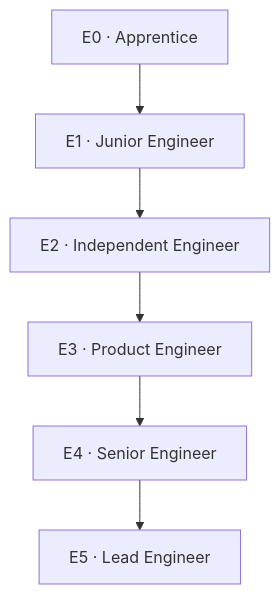
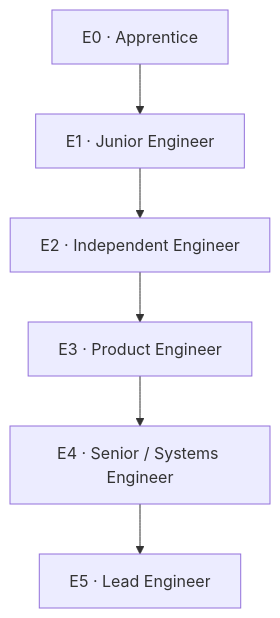
The fifth of 5 diagrams in content/writing/noetherkin-architecture-notes.mdx (nanaagyei/nana-site), drawn with Mermaid before and after one commit. The commit also changed other lines of this file and 9 other files, not shown here.

First line of the commit message:
Update noetherkin writing for its current CLI architecture, add it as a project, and expand the bookshelf

````diff
--- a/content/writing/noetherkin-architecture-notes.mdx
+++ b/content/writing/noetherkin-architecture-notes.mdx
@@ -156,9 +182,9 @@
 ```mermaid
 %% Competency ladder
 flowchart TB
   e0["E0 · Apprentice"] --> e1["E1 · Junior Engineer"]
   e1 --> e2["E2 · Independent Engineer"]
   e2 --> e3["E3 · Product Engineer"]
-  e3 --> e4["E4 · Senior Engineer"]
+  e3 --> e4["E4 · Senior / Systems Engineer"]
   e4 --> e5["E5 · Lead Engineer"]
 ```
````
